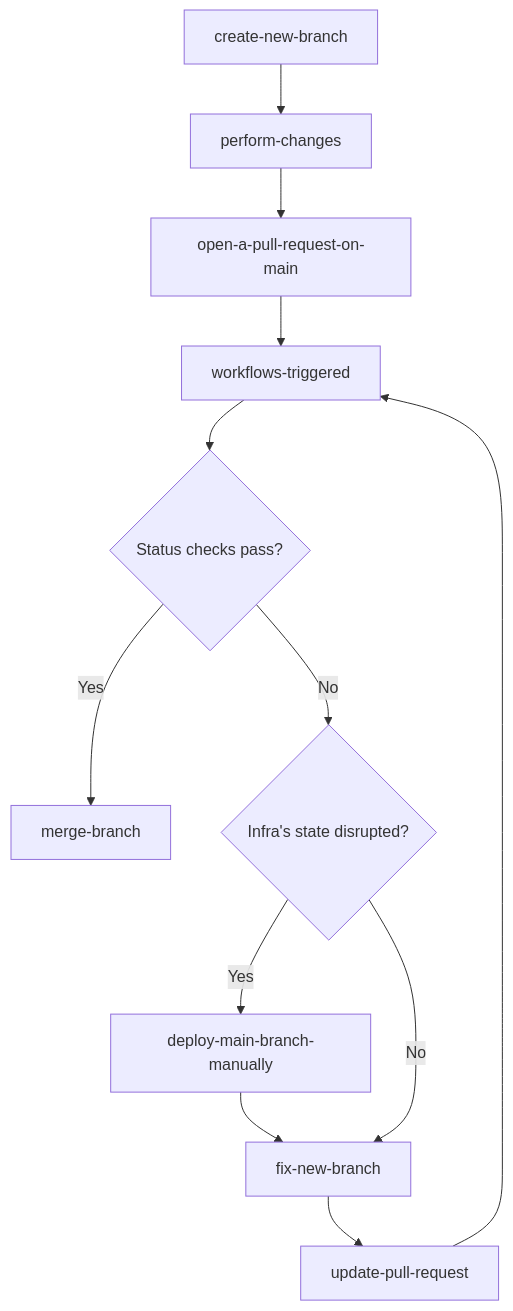
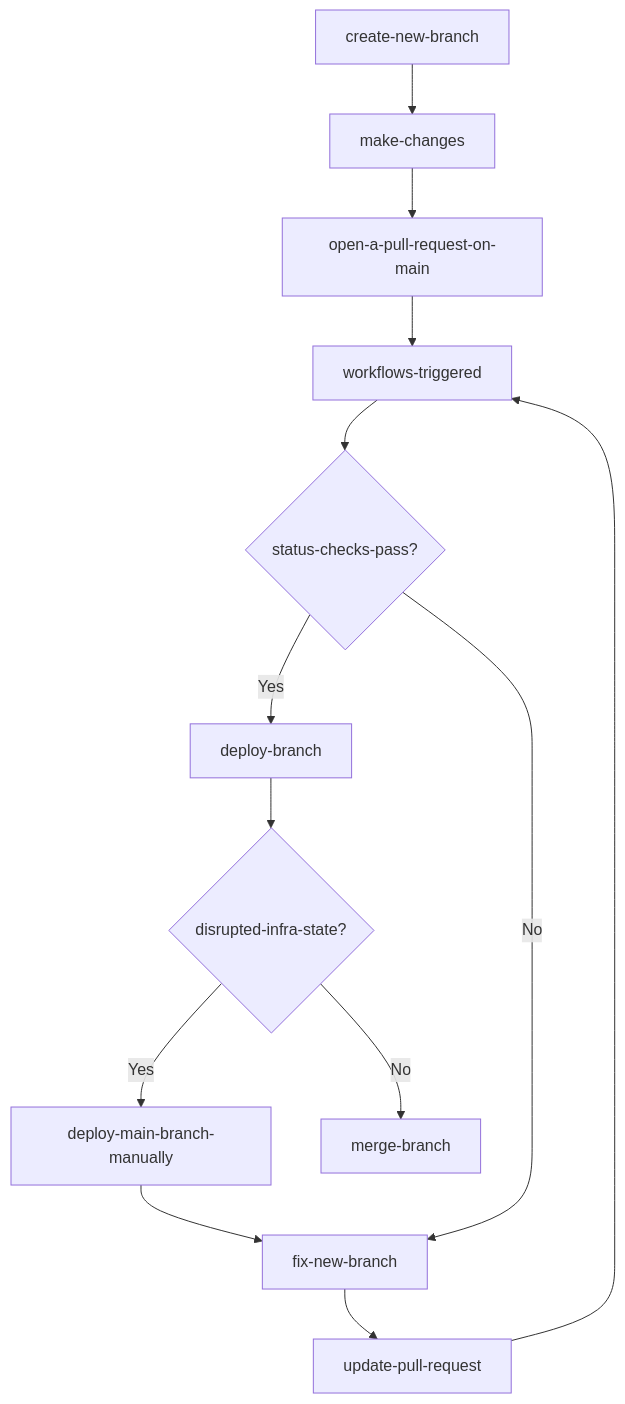
The diagram in docs/usage.md (christosgalano/terraform-template-repo), drawn with Mermaid before and after one commit.

````diff
--- a/docs/usage.md
+++ b/docs/usage.md
@@ -15,9 +15,9 @@
 ```mermaid
 flowchart TD
-    CNB[create-new-branch] --> PC[perform-changes] --> OPR[open-a-pull-request-on-main] 
-    OPR --> WT[workflows-triggered] --> SCP{Status checks pass?}
-    SCP -->|Yes| MB[merge-branch]
-    SCP -->|No| ISD{Infra's state disrupted?}
-    ISD -->|Yes| DFM[deploy-main-branch-manually] --> FNB
-    ISD -->|No| FNB[fix-new-branch] --> UPR[update-pull-request] --> WT
+    CNB[create-new-branch] --> MC[make-changes] --> OPR[open-a-pull-request-on-main] 
+    OPR --> WT[workflows-triggered] --> SCP{status-checks-pass?}
+    SCP -->|Yes| DB[deploy-branch] --> ISD{disrupted-infra-state?}
+    ISD -->|Yes| DFM[deploy-main-branch-manually] --> FNB[fix-new-branch]
+    ISD -->|No| MB[merge-branch]
+    SCP -->|No| FNB --> UPR[update-pull-request] --> WT
 ```
````
